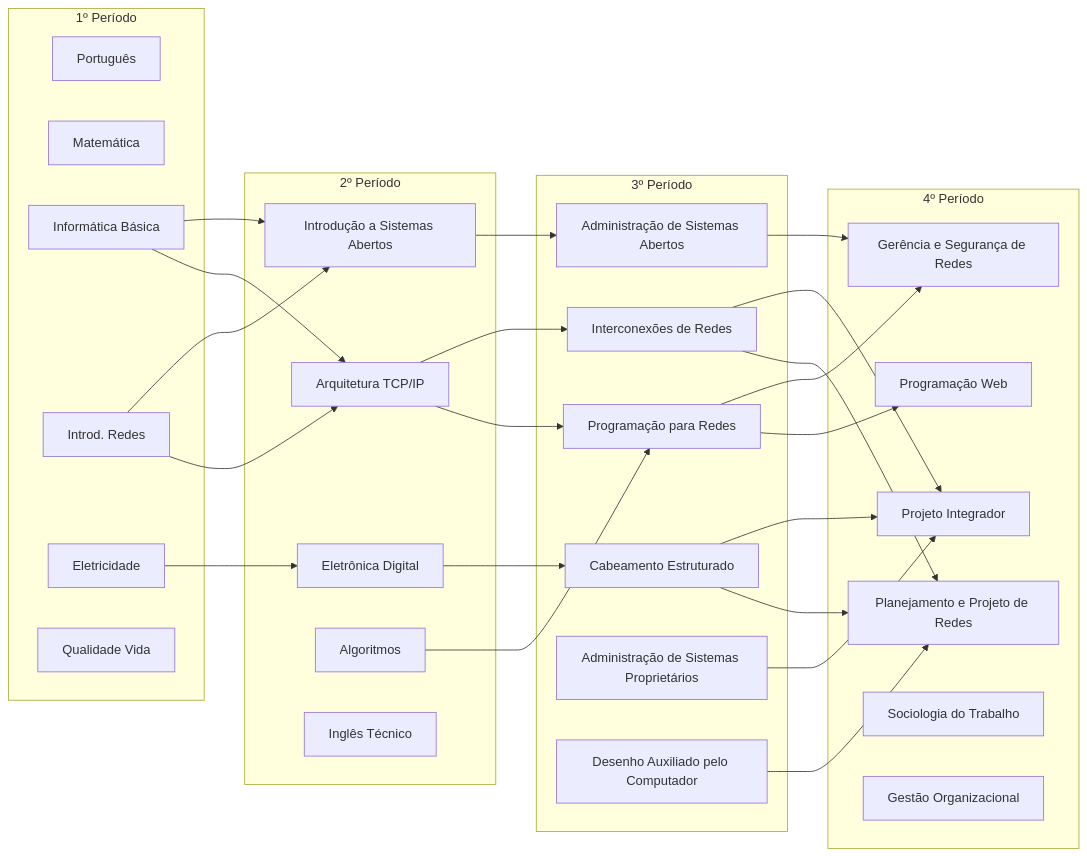
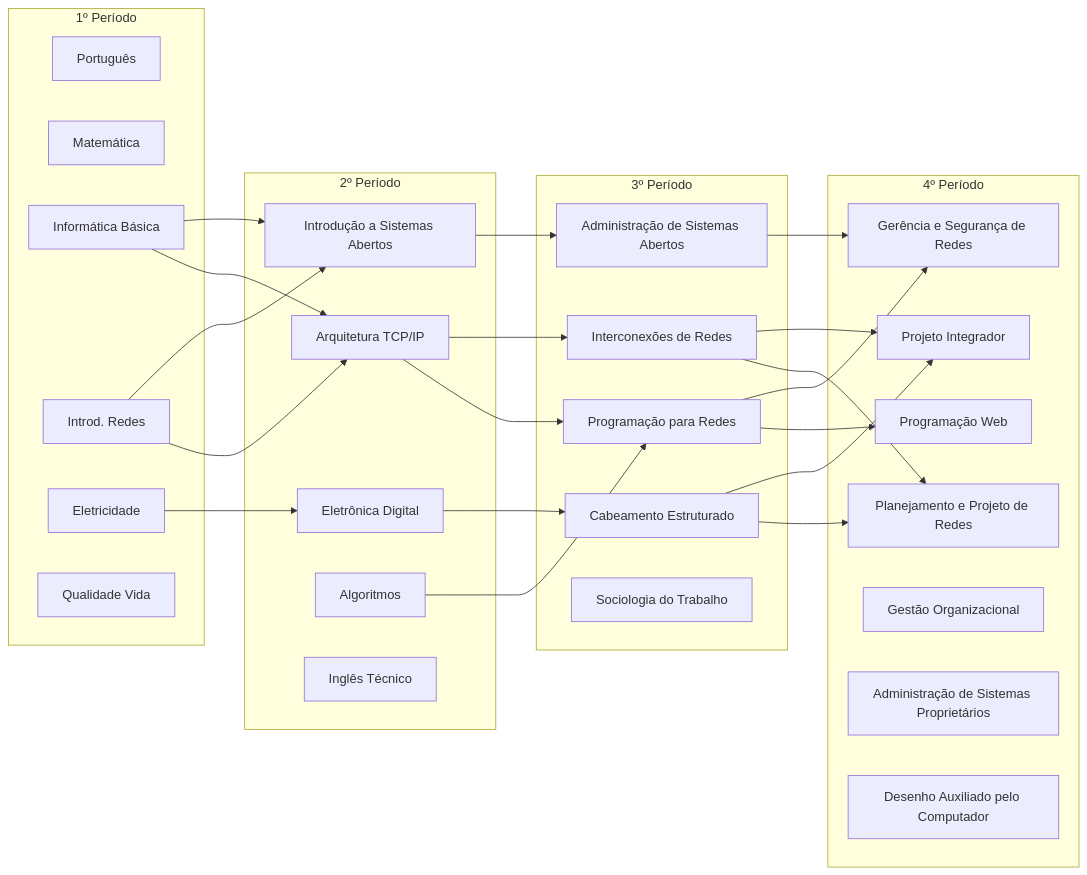
One commit to jurandysoares/tec_sub_redes changed the diagram in docs/index.md. Above: the diagram before and after it, drawn with Mermaid. The commit also changed other lines of this file and 4 other files, not shown here.

````diff
--- a/docs/index.md
+++ b/docs/index.md
@@ -3,53 +3,78 @@
 ```mermaid
 
 graph LR
     subgraph "1º Período"
         POR["Português"]
         MAT["Matemática"]
         INF["Informática Básica"]
         RED["Introd. Redes"]
         ELE["Eletricidade"]
         QVI["Qualidade Vida"]        
     end
 
     RED --> ISA & TCP
     ELE --> ELD
     INF --> ISA & TCP
 
     subgraph "2º Período"
         ALG["Algoritmos"]
         ISA["Introdução a Sistemas Abertos"]
         TCP["Arquitetura TCP/IP"]
         ELD["Eletrônica Digital"]
         ING["Inglês Técnico"]
     end
     
     TCP --> INT
     ALG & TCP --> PRE
     ISA --> ASA
     ELD --> CAB
 
     subgraph "3º Período"
         ASA["Administração de Sistemas Abertos"]
         CAB["Cabeamento Estruturado"]
         INT["Interconexões de Redes"]
         PRE["Programação para Redes"]
-        ASP["Administração de Sistemas Proprietários"]
-        CAD["Desenho Auxiliado pelo Computador"]
+        SOC["Sociologia do Trabalho"]
     end
 
-    CAB & INT & ASP --> PI1
+    CAB & INT --> PRI
     ASA & PRE --> SEG
     PRE --> PRW
-    CAB & CAD --> PPR
+    CAB --> PPR
     INT --> PPR
 
     subgraph "4º Período"
         PPR["Planejamento e Projeto de Redes"]
         PRW["Programação Web"]
         SEG["Gerência e Segurança de Redes"]
-        PI1["Projeto Integrador"]
-        SOC["Sociologia do Trabalho"]
+        PRI["Projeto Integrador"]
         GOR["Gestão Organizacional"]
+        ASP["Administração de Sistemas Proprietários"]
+        CAD["Desenho Auxiliado pelo Computador"]
     end
+
+    click ASA "https://mange.ifrn.edu.br/curso/tec_sub_redes/administracao-de-sistemas-abertos/"
+    click ASP "https://mange.ifrn.edu.br/curso/tec_sub_redes/administracao-de-sistemas-proprietarios/"
+    click ALG "https://mange.ifrn.edu.br/curso/tec_sub_redes/algoritmos/"
+    click TCP "https://mange.ifrn.edu.br/curso/tec_sub_redes/arquitetura-tcpip/"
+    click CAB "https://mange.ifrn.edu.br/curso/tec_sub_redes/cabeamento-estruturado-e-redes-de-acesso/"
+    click CAD "https://mange.ifrn.edu.br/curso/tec_sub_redes/cad/"
+    click ELE "https://mange.ifrn.edu.br/curso/tec_sub_redes/eletricidade/"
+    click ELD "https://mange.ifrn.edu.br/curso/tec_sub_redes/eletronica-digital/"
+    click SEG "https://mange.ifrn.edu.br/curso/tec_sub_redes/gerencia-e-seguranca-de-redes/"
+    click GOR "https://mange.ifrn.edu.br/curso/tec_sub_redes/gestao-organizacional/"
+    click INF "https://mange.ifrn.edu.br/curso/tec_sub_redes/informatica-basica/"
+    click ING "https://mange.ifrn.edu.br/curso/tec_sub_redes/ingles-tecnico/"
+    click INT "https://mange.ifrn.edu.br/curso/tec_sub_redes/interconexao-de-redes/"
+    click ISA "https://mange.ifrn.edu.br/curso/tec_sub_redes/introducao-a-sistemas-abertos/"
+    click RED "https://mange.ifrn.edu.br/curso/tec_sub_redes/introducao-as-redes-de-computadores/"
+    click POR "https://mange.ifrn.edu.br/curso/tec_sub_redes/lingua-portuguesa/"
+    click MAT "https://mange.ifrn.edu.br/curso/tec_sub_redes/matematica/"
+    click PPR "https://mange.ifrn.edu.br/curso/tec_sub_redes/planejamento-e-projeto-de-redes/"
+    click PRE "https://mange.ifrn.edu.br/curso/tec_sub_redes/programacao-para-redes/"
+    click PRW "https://mange.ifrn.edu.br/curso/tec_sub_redes/programacao-web/"
+    click PRI "https://mange.ifrn.edu.br/curso/tec_sub_redes/projeto-integrador/"
+    click QVI "https://mange.ifrn.edu.br/curso/tec_sub_redes/qualidade-de-vida-e-trabalho/"
+    click SOC "https://mange.ifrn.edu.br/curso/tec_sub_redes/sociologia-do-trabalho/"
+
 ```
````
